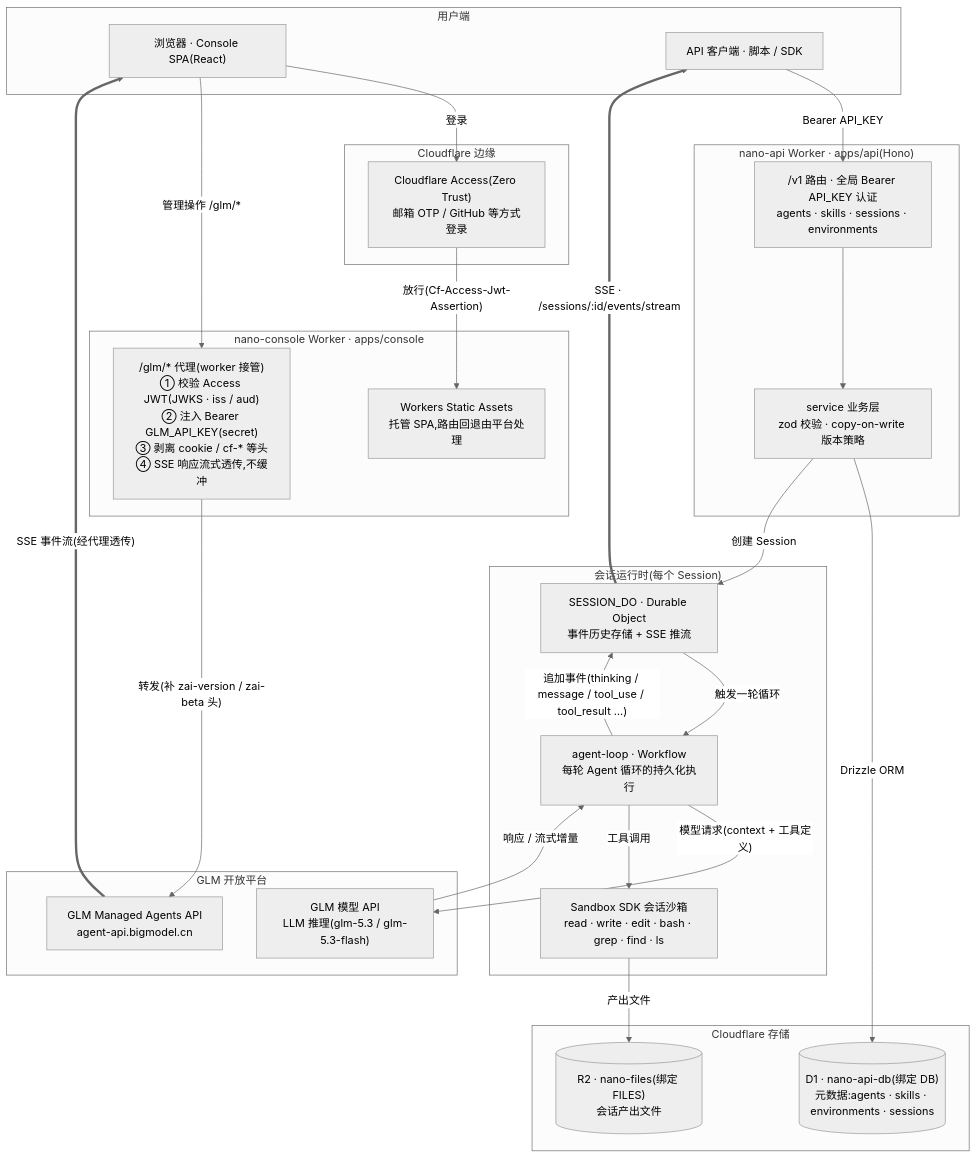
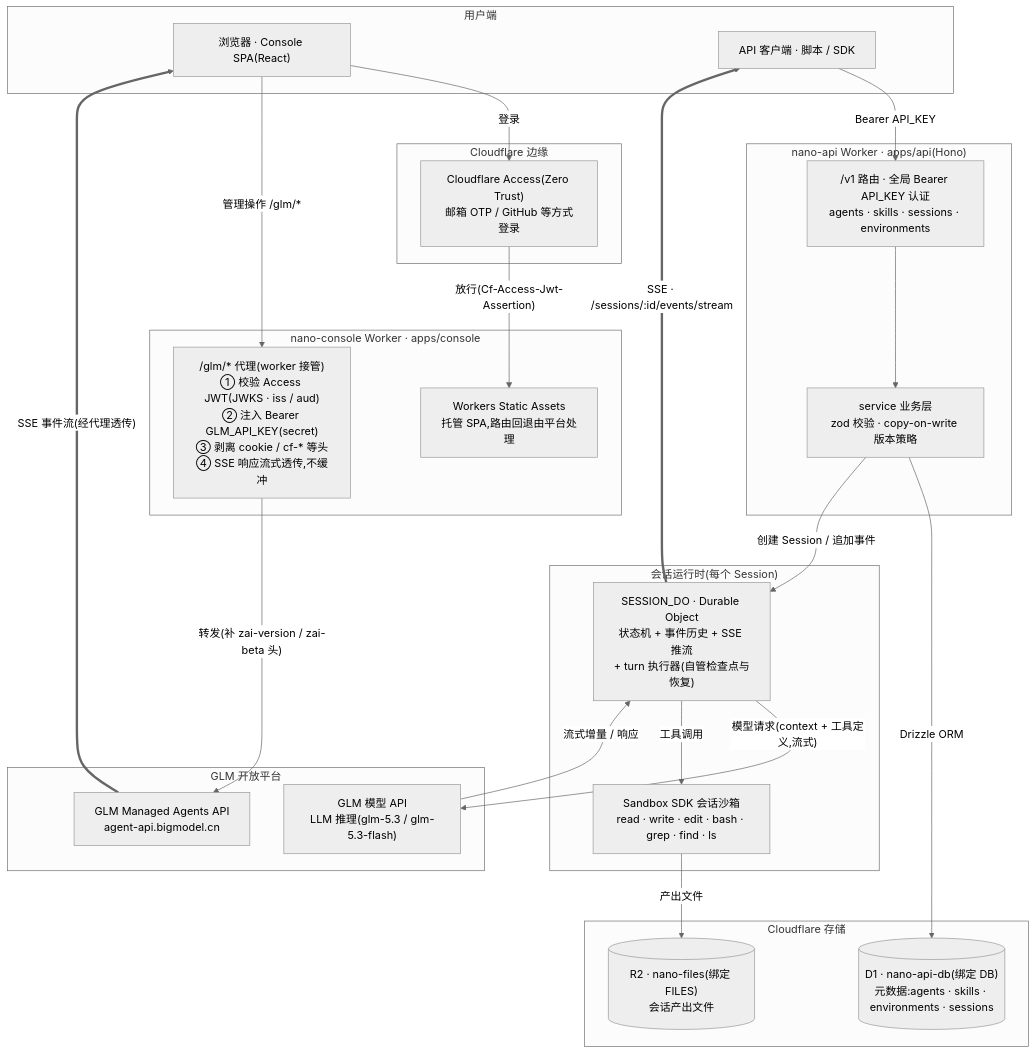
The first of 3 diagrams in docs/architecture-diagrams.md (lgorthm/nano-managed-agent), drawn with Mermaid (neutral theme) before and after one commit. The commit also changed other lines of this file and 29 other files, not shown here.

````diff
--- a/docs/architecture-diagrams.md
+++ b/docs/architecture-diagrams.md
@@ -15,55 +15,52 @@
 ```mermaid
 flowchart TB
     subgraph USER["用户端"]
         BROWSER["浏览器 · Console SPA(React)"]
         CLIENT["API 客户端 · 脚本 / SDK"]
     end
 
     subgraph EDGE["Cloudflare 边缘"]
         ACCESS["Cloudflare Access(Zero Trust)<br/>邮箱 OTP / GitHub 等方式登录"]
     end
 
     subgraph CONSOLE["nano-console Worker · apps/console"]
         SPA["Workers Static Assets<br/>托管 SPA,路由回退由平台处理"]
         PROXY["/glm/* 代理(worker 接管)<br/>① 校验 Access JWT(JWKS · iss / aud)<br/>② 注入 Bearer GLM_API_KEY(secret)<br/>③ 剥离 cookie / cf-* 等头<br/>④ SSE 响应流式透传,不缓冲"]
     end
 
     subgraph APIW["nano-api Worker · apps/api(Hono)"]
         ROUTES["/v1 路由 · 全局 Bearer API_KEY 认证<br/>agents · skills · sessions · environments"]
         SERVICE["service 业务层<br/>zod 校验 · copy-on-write 版本策略"]
     end
 
     subgraph RUNTIME["会话运行时(每个 Session)"]
-        DO["SESSION_DO · Durable Object<br/>事件历史存储 + SSE 推流"]
-        WF["agent-loop · Workflow<br/>每轮 Agent 循环的持久化执行"]
+        DO["SESSION_DO · Durable Object<br/>状态机 + 事件历史 + SSE 推流<br/>+ turn 执行器(自管检查点与恢复)"]
         SANDBOX["Sandbox SDK 会话沙箱<br/>read · write · edit · bash · grep · find · ls"]
     end
 
     subgraph STORE["Cloudflare 存储"]
         D1[("D1 · nano-api-db(绑定 DB)<br/>元数据:agents · skills · environments · sessions")]
         R2[("R2 · nano-files(绑定 FILES)<br/>会话产出文件")]
     end
 
     subgraph EXT["GLM 开放平台"]
         GLM_API["GLM Managed Agents API<br/>agent-api.bigmodel.cn"]
         GLM_LLM["GLM 模型 API<br/>LLM 推理(glm-5.3 / glm-5.3-flash)"]
     end
 
     BROWSER -->|"登录"| ACCESS
     ACCESS -->|"放行(Cf-Access-Jwt-Assertion)"| SPA
     BROWSER -->|"管理操作 /glm/*"| PROXY
     PROXY -->|"转发(补 zai-version / zai-beta 头)"| GLM_API
     GLM_API ==>|"SSE 事件流(经代理透传)"| BROWSER
 
     CLIENT -->|"Bearer API_KEY"| ROUTES
     ROUTES --> SERVICE
     SERVICE -->|"Drizzle ORM"| D1
-    SERVICE -->|"创建 Session"| DO
-    DO -->|"触发一轮循环"| WF
-    WF -->|"模型请求(context + 工具定义)"| GLM_LLM
-    GLM_LLM -->|"响应 / 流式增量"| WF
-    WF -->|"工具调用"| SANDBOX
+    SERVICE -->|"创建 Session / 追加事件"| DO
+    DO -->|"模型请求(context + 工具定义,流式)"| GLM_LLM
+    GLM_LLM -->|"流式增量 / 响应"| DO
+    DO -->|"工具调用"| SANDBOX
     SANDBOX -->|"产出文件"| R2
-    WF -->|"追加事件(thinking / message / tool_use / tool_result …)"| DO
     DO ==>|"SSE · /sessions/:id/events/stream"| CLIENT
 ```
````
